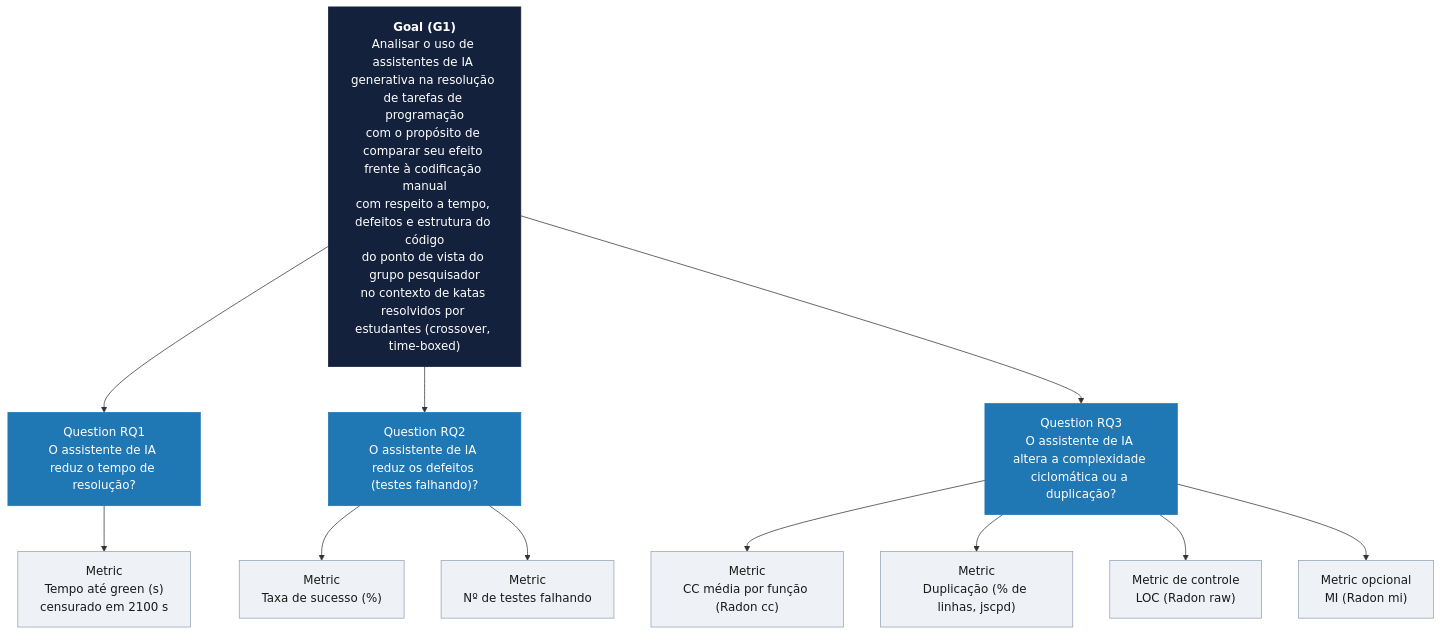
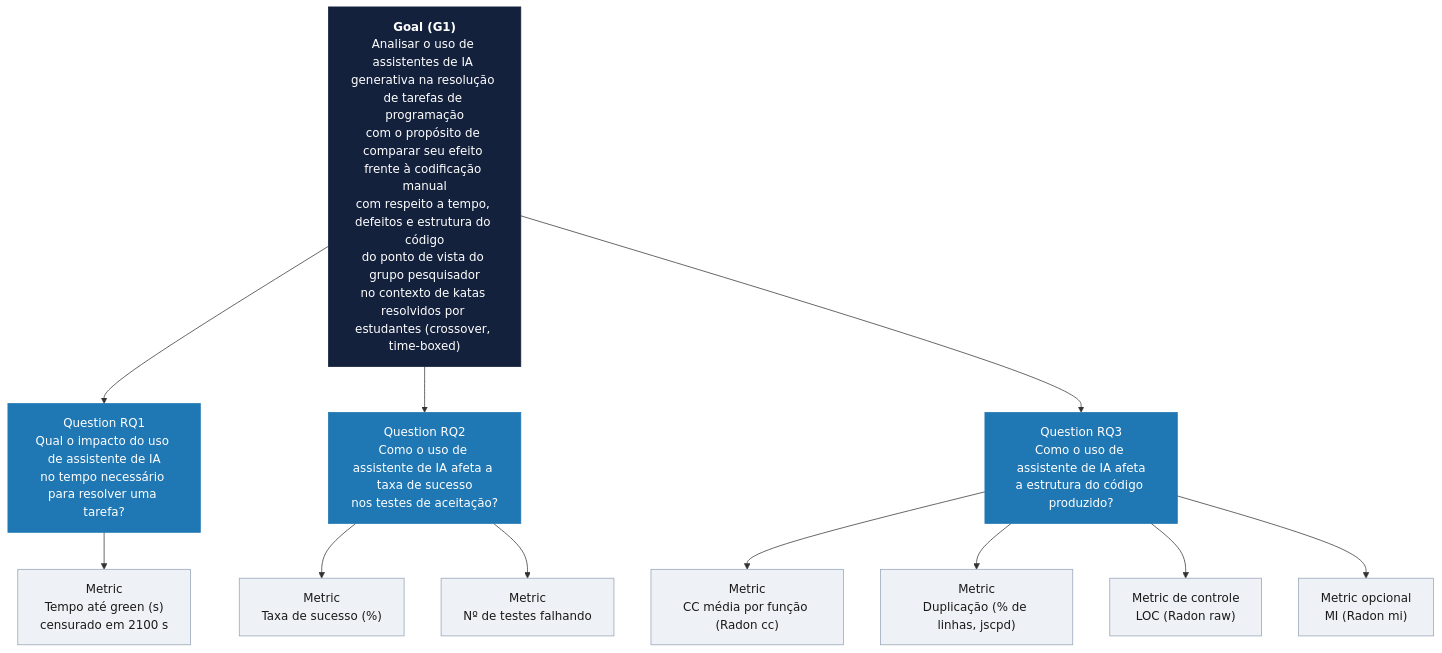
One commit to Laboratorio-Medicao/Lab02 changed the diagram in docs/relatorio.md. Above: the diagram before and after it, drawn with Mermaid. The commit also changed other lines of this file, not shown here.

````diff
--- a/docs/relatorio.md
+++ b/docs/relatorio.md
@@ -77,23 +77,23 @@
 ```mermaid
 graph TD
     G["<b>Goal (G1)</b><br/>Analisar o uso de assistentes de IA generativa na resolução de tarefas de programação<br/>com o propósito de comparar seu efeito frente à codificação manual<br/>com respeito a tempo, defeitos e estrutura do código<br/>do ponto de vista do grupo pesquisador<br/>no contexto de katas resolvidos por estudantes (crossover, time-boxed)"]
 
-    G --> Q1["Question RQ1<br/>O assistente de IA reduz o tempo de resolução?"]
-    G --> Q2["Question RQ2<br/>O assistente de IA reduz os defeitos (testes falhando)?"]
-    G --> Q3["Question RQ3<br/>O assistente de IA altera a complexidade ciclomática ou a duplicação?"]
+    G --> Q1["Question RQ1<br/>Qual o impacto do uso de assistente de IA<br/>no tempo necessário para resolver uma tarefa?"]
+    G --> Q2["Question RQ2<br/>Como o uso de assistente de IA afeta a taxa de sucesso<br/>nos testes de aceitação?"]
+    G --> Q3["Question RQ3<br/>Como o uso de assistente de IA afeta<br/>a estrutura do código produzido?"]
 
     Q1 --> M1["Metric<br/>Tempo até green (s)<br/>censurado em 2100 s"]
     Q2 --> M2a["Metric<br/>Taxa de sucesso (%)"]
     Q2 --> M2b["Metric<br/>Nº de testes falhando"]
     Q3 --> M3a["Metric<br/>CC média por função (Radon cc)"]
     Q3 --> M3b["Metric<br/>Duplicação (% de linhas, jscpd)"]
     Q3 --> M3c["Metric de controle<br/>LOC (Radon raw)"]
     Q3 --> M3d["Metric opcional<br/>MI (Radon mi)"]
 
     classDef goal fill:#14213d,color:#fff,stroke:#14213d;
     classDef question fill:#1f77b4,color:#fff,stroke:#1f77b4;
     classDef metric fill:#eef1f5,color:#1a1a1a,stroke:#94a3b8;
     class G goal;
     class Q1,Q2,Q3 question;
     class M1,M2a,M2b,M3a,M3b,M3c,M3d metric;
 ```
````
